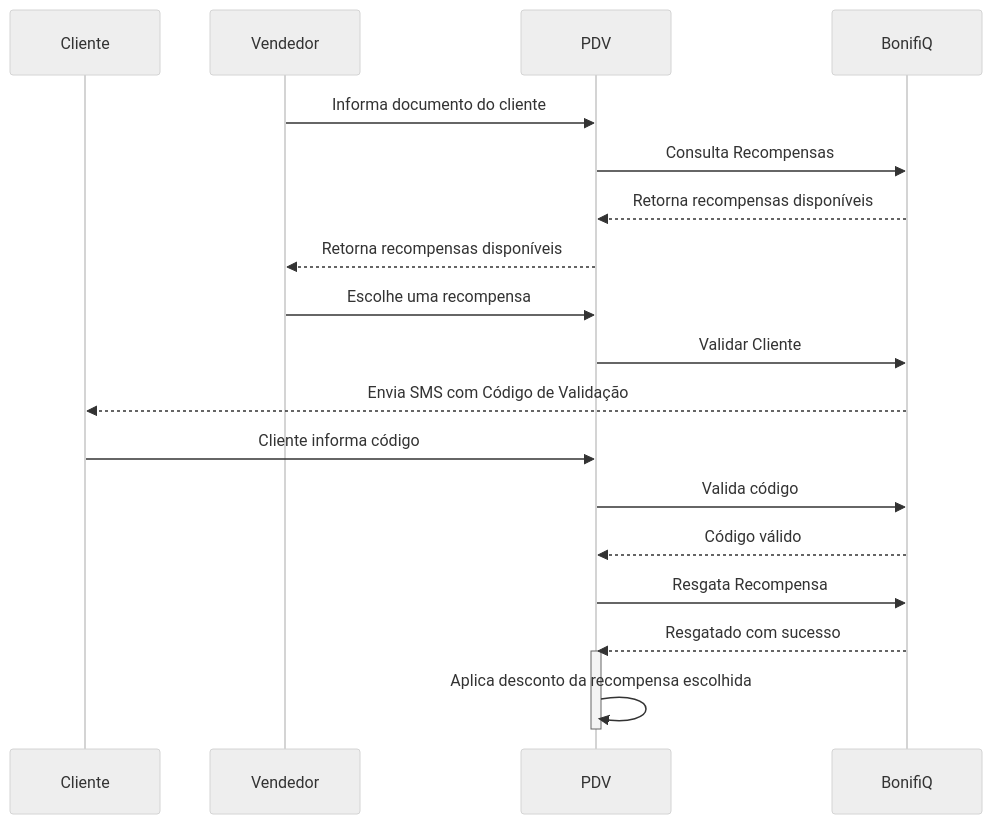
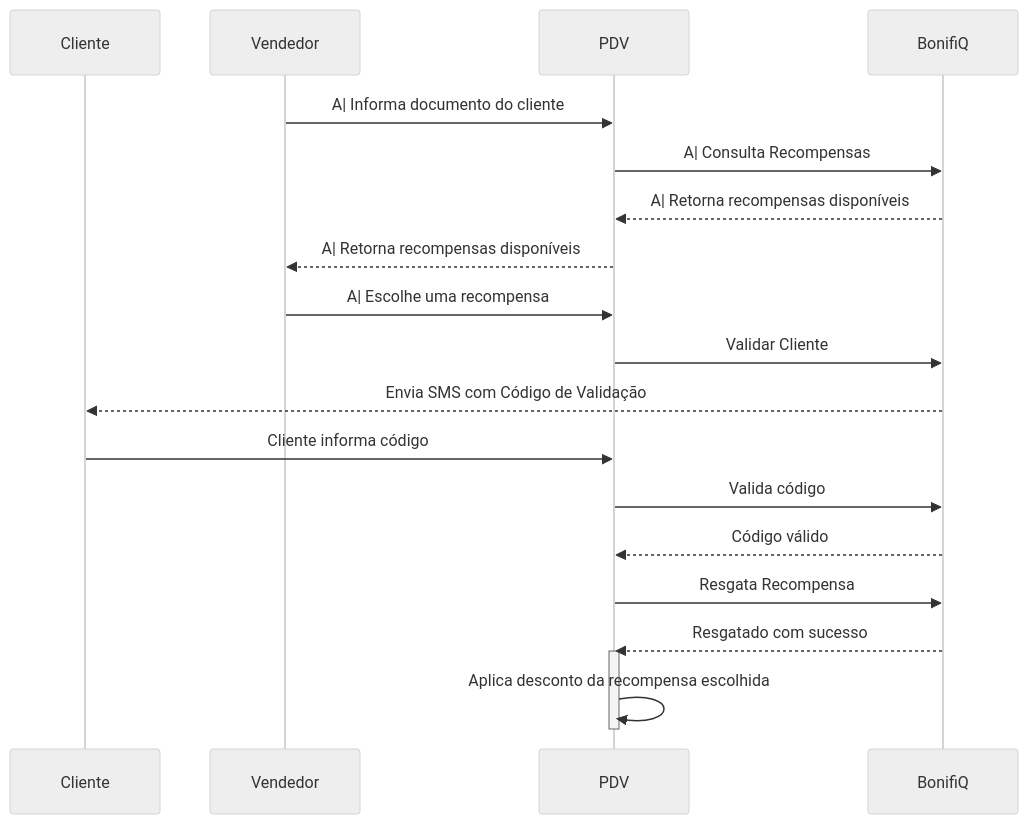
One commit to sandercamargo/docs changed the diagram in guias/pdv-pos.mdx. Above: the diagram before and after it, drawn with Mermaid (neutral theme). The commit also changed 1 other file, not shown here.

Commit message:
Documentation edits made through Mintlify web editor

````diff
--- a/guias/pdv-pos.mdx
+++ b/guias/pdv-pos.mdx
@@ -12,23 +12,23 @@
 ```mermaid
 sequenceDiagram
     participant Cliente
     participant Vendedor
     participant PDV
     participant BonifiQ
 
-    Vendedor->>PDV: Informa documento do cliente
-    PDV->>BonifiQ: Consulta Recompensas
-    BonifiQ-->>PDV: Retorna recompensas disponíveis
-    PDV-->>Vendedor: Retorna recompensas disponíveis
-    Vendedor->>PDV: Escolhe uma recompensa
+    Vendedor->>PDV: A| Informa documento do cliente
+    PDV->>BonifiQ: A| Consulta Recompensas
+    BonifiQ-->>PDV: A| Retorna recompensas disponíveis
+    PDV-->>Vendedor: A| Retorna recompensas disponíveis
+    Vendedor->>PDV: A| Escolhe uma recompensa
     PDV->>BonifiQ: Validar Cliente
     BonifiQ-->>Cliente: Envia SMS com Código de Validação
     Cliente->>PDV: Cliente informa código
     PDV->>BonifiQ: Valida código
     BonifiQ-->>PDV: Código válido
     PDV->>BonifiQ: Resgata Recompensa
     BonifiQ-->>PDV: Resgatado com sucesso
     activate PDV
     PDV->>PDV: Aplica desconto da recompensa escolhida
     deactivate PDV
 ```
````
